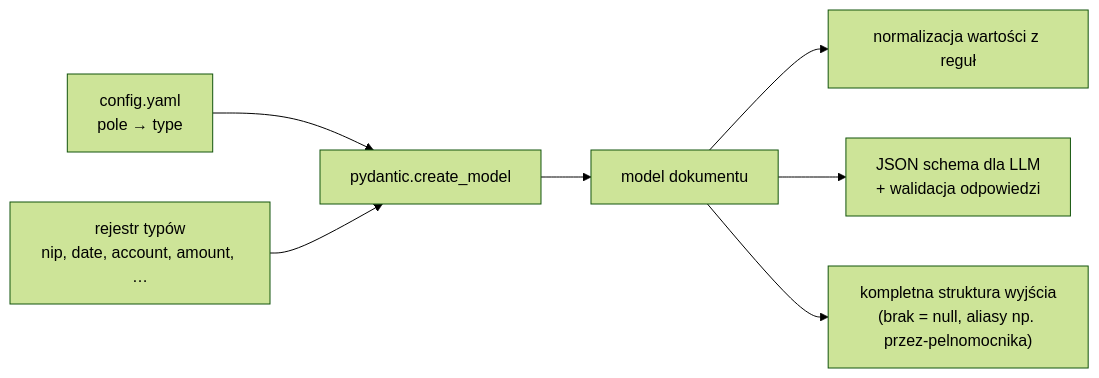
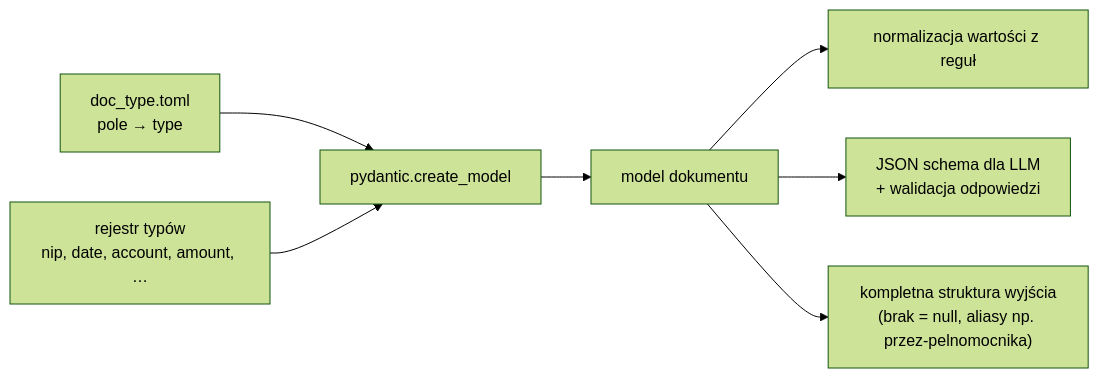
Before and after one commit to witold-nowogorski/hacknation--2026: the third of 5 diagrams in docs/architecture.md, drawn with Mermaid (forest theme). The commit also changed other lines of this file and 16 other files, not shown here.

````diff
--- a/docs/architecture.md
+++ b/docs/architecture.md
@@ -100,9 +103,9 @@
 ```mermaid
 flowchart LR
-    Y["config.yaml<br/>pole → type"] --> CM["pydantic.create_model"]
+    Y["doc_type.toml<br/>pole → type"] --> CM["pydantic.create_model"]
     R["rejestr typów<br/>nip, date, account, amount, …"] --> CM
     CM --> DM["model dokumentu"]
     DM --> U1["normalizacja wartości z reguł"]
     DM --> U2["JSON schema dla LLM<br/>+ walidacja odpowiedzi"]
     DM --> U3["kompletna struktura wyjścia<br/>(brak = null, aliasy np. przez-pelnomocnika)"]
 ```
````
